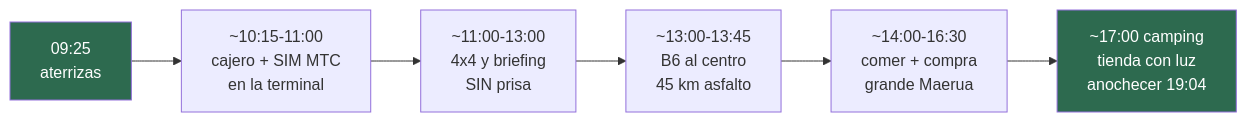
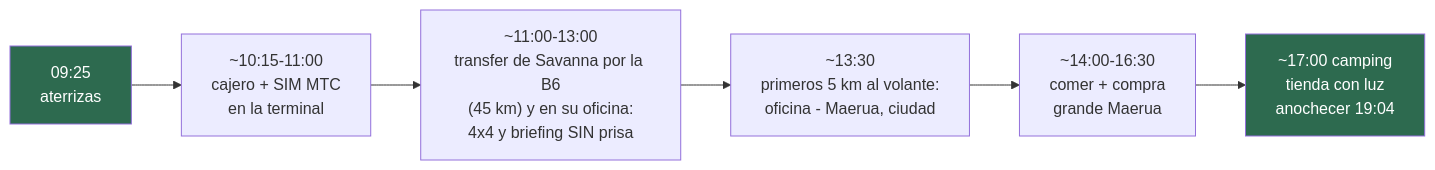
Before and after one commit to morandeirachema/namibia: the second of 5 diagrams in 01-itinerarios-dia-a-dia.md, drawn with Mermaid. The commit also changed other lines of this file and 28 other files, not shown here.

````diff
--- a/01-itinerarios-dia-a-dia.md
+++ b/01-itinerarios-dia-a-dia.md
@@ -204,11 +206,11 @@
 ```mermaid
 flowchart LR
 %% ancho
     A["09:25<br/>aterrizas"] --> B["~10:15-11:00<br/>cajero + SIM MTC<br/>en la terminal"]
-    B --> C["~11:00-13:00<br/>4x4 y briefing<br/>SIN prisa"]
-    C --> D["~13:00-13:45<br/>B6 al centro<br/>45 km asfalto"]
+    B --> C["~11:00-13:00<br/>transfer de Savanna por la B6<br/>(45 km) y en su oficina:<br/>4x4 y briefing SIN prisa"]
+    C --> D["~13:30<br/>primeros 5 km al volante:<br/>oficina - Maerua, ciudad"]
     D --> E["~14:00-16:30<br/>comer + compra<br/>grande Maerua"]
     E --> F["~17:00 camping<br/>tienda con luz<br/>anochecer 19:04"]
     style A fill:#2d6a4f,color:#fff
     style F fill:#2d6a4f,color:#fff
 ```
````
